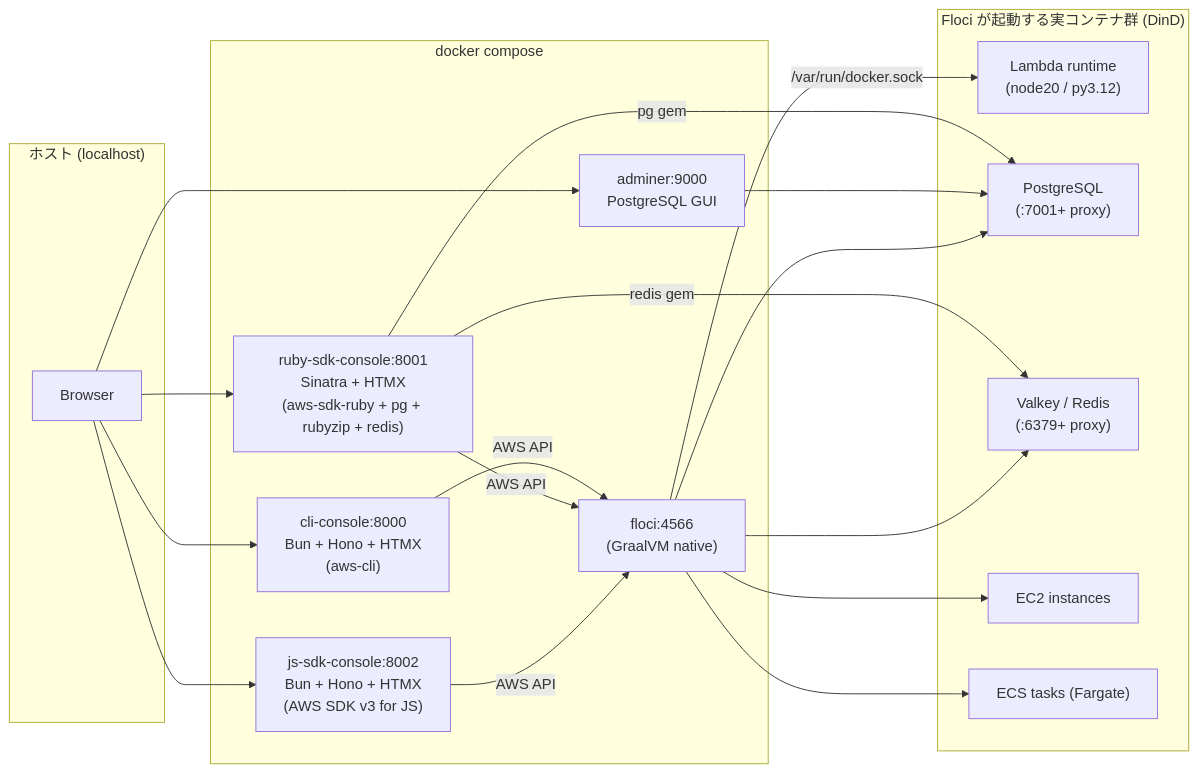
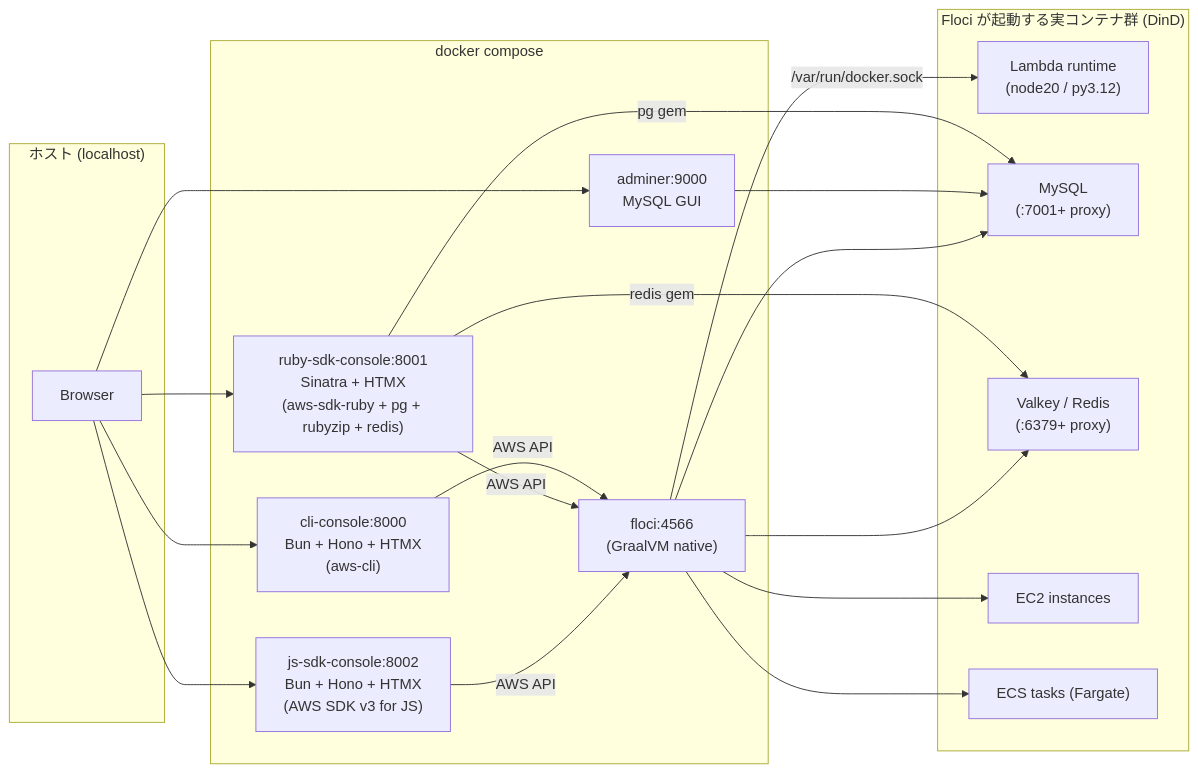
One commit to mori-shio/learn-floci changed the diagram in README.md. Above: the diagram before and after it, drawn with Mermaid. The commit also changed other lines of this file and 13 other files, not shown here.

````diff
--- a/README.md
+++ b/README.md
@@ -11,38 +11,38 @@
 ```mermaid
 graph LR
   subgraph host["ホスト (localhost)"]
     Browser[Browser]
   end
 
   subgraph compose["docker compose"]
     AC["cli-console:8000<br/>Bun + Hono + HTMX<br/>(aws-cli)"]
     RC["ruby-sdk-console:8001<br/>Sinatra + HTMX<br/>(aws-sdk-ruby + pg + rubyzip + redis)"]
     JC["js-sdk-console:8002<br/>Bun + Hono + HTMX<br/>(AWS SDK v3 for JS)"]
-    AD["adminer:9000<br/>PostgreSQL GUI"]
+    AD["adminer:9000<br/>MySQL GUI"]
     F["floci:4566<br/>(GraalVM native)"]
   end
 
   subgraph dind["Floci が起動する実コンテナ群 (DinD)"]
     Lambda["Lambda runtime<br/>(node20 / py3.12)"]
-    RDS["PostgreSQL<br/>(:7001+ proxy)"]
+    RDS["MySQL<br/>(:7001+ proxy)"]
     EC["Valkey / Redis<br/>(:6379+ proxy)"]
     EC2["EC2 instances"]
     ECS["ECS tasks (Fargate)"]
   end
 
   Browser --> AC
   Browser --> RC
   Browser --> JC
   Browser --> AD
   AC -- "AWS API" --> F
   RC -- "AWS API" --> F
   JC -- "AWS API" --> F
   RC -- "pg gem" --> RDS
   RC -- "redis gem" --> EC
   AD --> RDS
   F -- "/var/run/docker.sock" --> Lambda
   F --> RDS
   F --> EC
   F --> EC2
   F --> ECS
 ```
````
